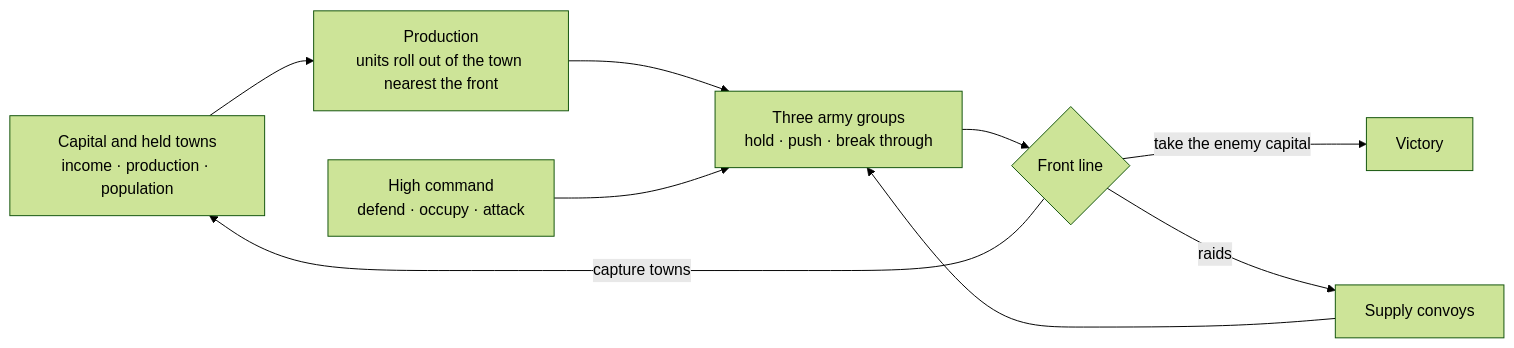
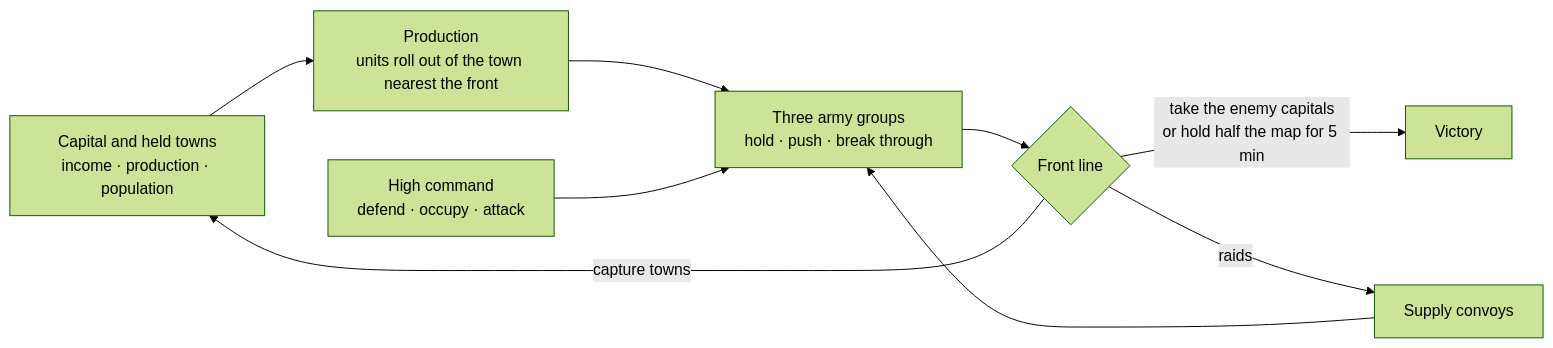
Before and after one commit to Zwl20085/LittleWarGame: the first of 2 diagrams in README.md, drawn with Mermaid (forest theme). The commit also changed other lines of this file and 61 other files, not shown here.

````diff
--- a/README.md
+++ b/README.md
@@ -122,11 +135,11 @@
 ```mermaid
 flowchart LR
   A[Capital and held towns<br/>income · production · population] --> B[Production<br/>units roll out of the town nearest the front]
   B --> C[Three army groups<br/>hold · push · break through]
   H[High command<br/>defend · occupy · attack] --> C
   C --> D{Front line}
   D -- capture towns --> A
-  D -- take the enemy capital --> V[Victory]
+  D -- take the enemy capitals<br/>or hold half the map for 5 min --> V[Victory]
   S[Supply convoys] --> C
   D -- raids --> S
 ```
````
